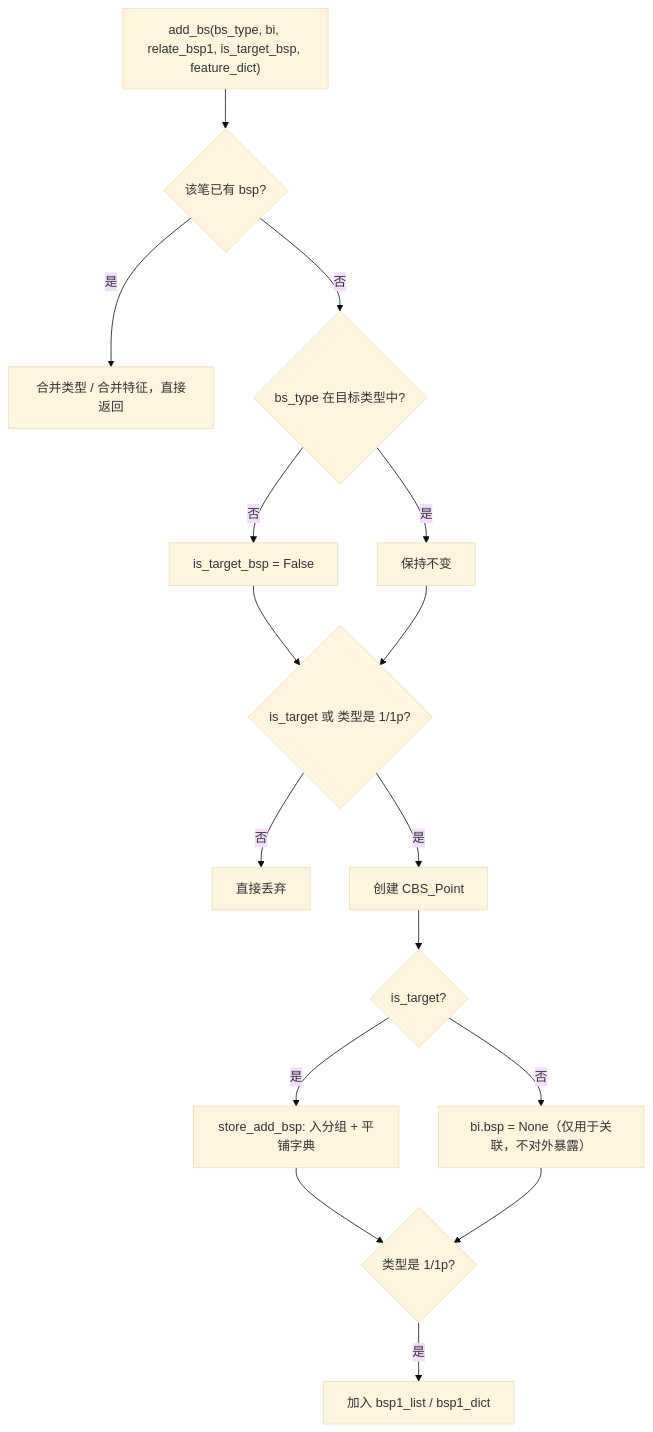
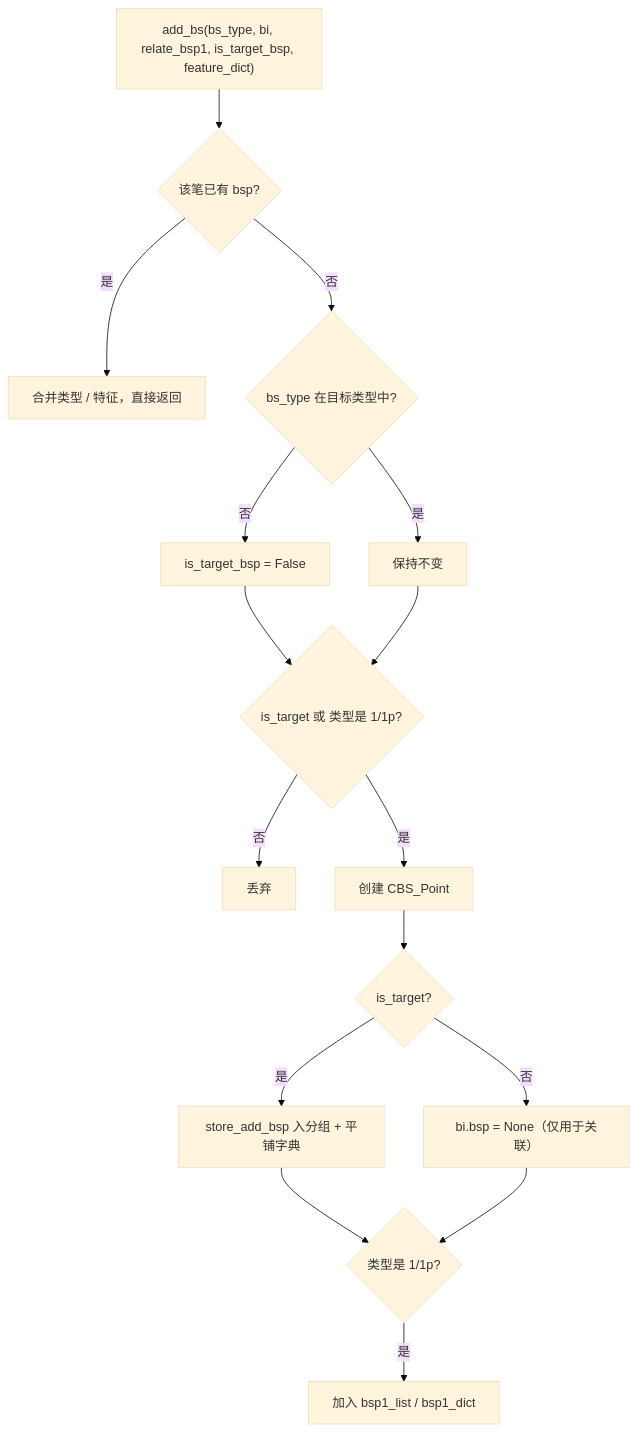
Before and after one commit to skydooms/chan.py: the diagram in CodeWiki/06-买卖点-BSPoint.md, drawn with Mermaid (base theme). The commit also changed other lines of this file and 12 other files, not shown here.

````diff
--- a/CodeWiki/06-买卖点-BSPoint.md
+++ b/CodeWiki/06-买卖点-BSPoint.md
@@ -76,18 +76,18 @@
 ```mermaid
 flowchart TD
     A["add_bs(bs_type, bi, relate_bsp1, is_target_bsp, feature_dict)"] --> B{"该笔已有 bsp?"}
-    B -- 是 --> C["合并类型 / 合并特征，直接返回"]
+    B -- 是 --> C["合并类型 / 特征，直接返回"]
     B -- 否 --> D{"bs_type 在目标类型中?"}
     D -- 否 --> E["is_target_bsp = False"]
     D -- 是 --> F[保持不变]
     E --> G{"is_target 或 类型是 1/1p?"}
     F --> G
-    G -- 否 --> H[直接丢弃]
+    G -- 否 --> H[丢弃]
     G -- 是 --> I[创建 CBS_Point]
     I --> J{"is_target?"}
-    J -- 是 --> K["store_add_bsp: 入分组 + 平铺字典"]
-    J -- 否 --> L["bi.bsp = None（仅用于关联，不对外暴露）"]
+    J -- 是 --> K["store_add_bsp 入分组 + 平铺字典"]
+    J -- 否 --> L["bi.bsp = None（仅用于关联）"]
     K --> M{"类型是 1/1p?"}
     L --> M
     M -- 是 --> N["加入 bsp1_list / bsp1_dict"]
 ```
````
